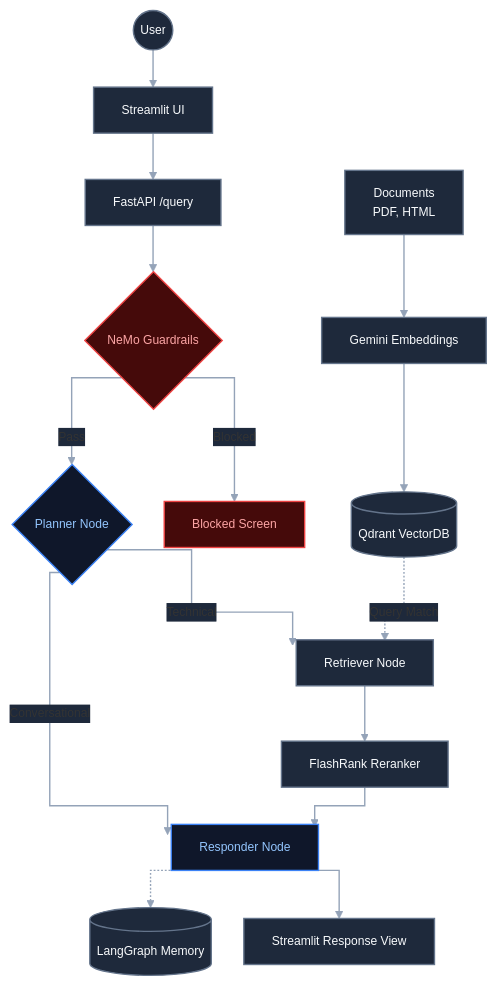
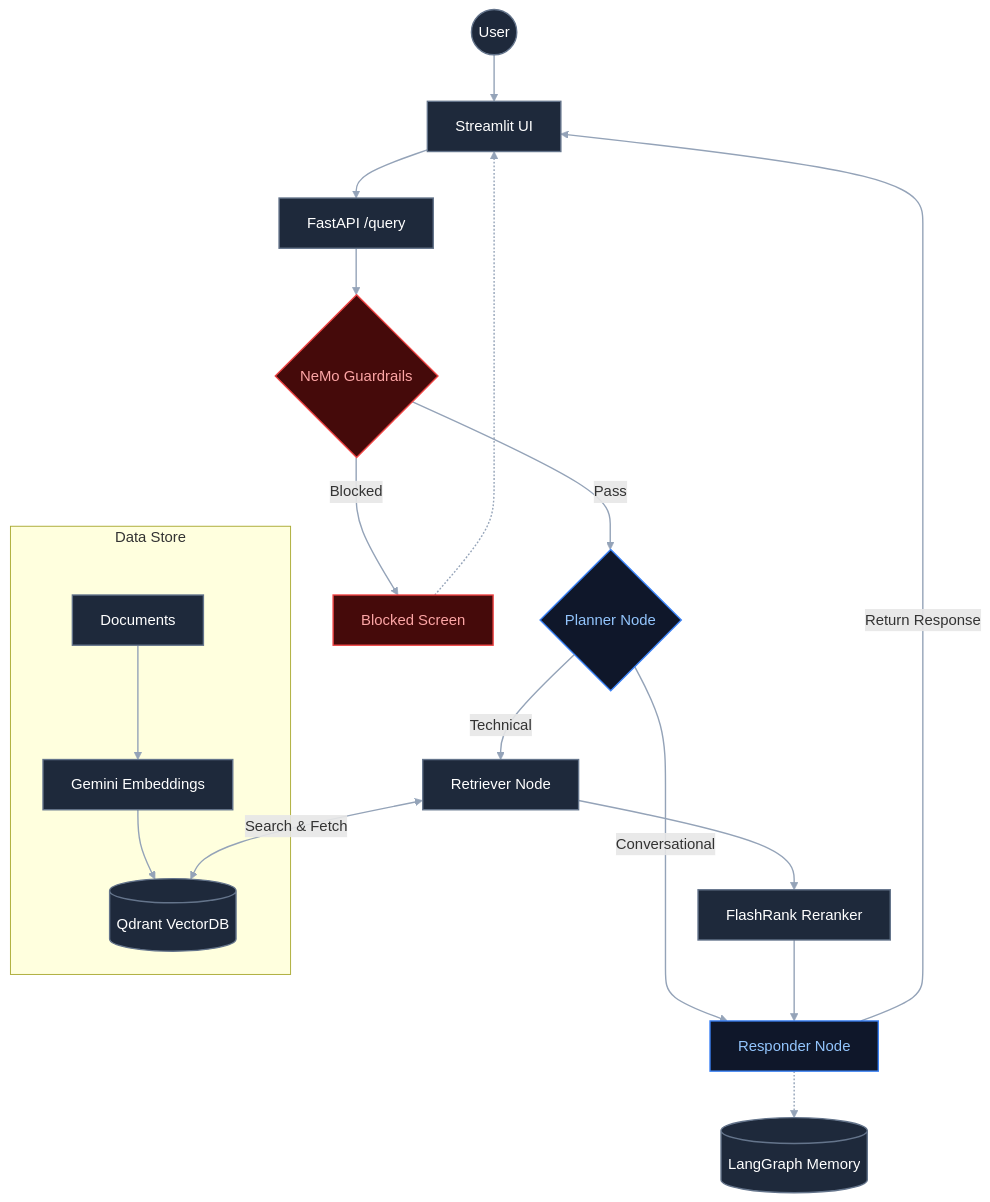
One commit to poojith123/Enterprise-technical-support-Agentic-RAG-chatbot changed the diagram in README.md. Above: the diagram before and after it, drawn with Mermaid.

Commit message:
Updated architecture 3

````diff
--- a/README.md
+++ b/README.md
@@ -7,50 +7,37 @@
 ```mermaid
-%%{init: {
-  'theme': 'base',
-  'themeVariables': {
-    'fontSize': '13px',
-    'lineColor': '#94A3B8',
-    'edgeLabelBackground': '#1E293B',
-    'textColor': '#E2E8F0'
-  },
-  'flowchart': {
-    'curve': 'stepAfter',
-    'nodeSpacing': 35,
-    'rankSpacing': 40
-  }
-}}%%
 graph TD
-    %% 3-Color High-Contrast Palette
-    classDef default fill:#1E293B,stroke:#64748B,stroke-width:1.5px,color:#F8FAFC;
+    %% 3-Color Dark Palette
+    classDef default fill:#1E293B,stroke:#64748B,stroke-width:1.5px,color:#FFFFFF;
     classDef core fill:#0F172A,stroke:#3B82F6,stroke-width:1.5px,color:#93C5FD;
     classDef alert fill:#450A0A,stroke:#EF4444,stroke-width:1.5px,color:#FCA5A5;
 
-    %% Global Line Styling (Bright Slate for dark backgrounds)
     linkStyle default stroke:#94A3B8,stroke-width:1.5px;
 
-    %% Ingestion Pipeline (Feeds Qdrant)
-    Docs[Documents<br/>PDF, HTML]:::default --> Embed[Gemini Embeddings]:::default
-    Embed --> DB[(Qdrant VectorDB)]:::default
-
-    %% User Request Flow
+    %% 1. USER AT THE VERY TOP
     User((User)):::default --> UI[Streamlit UI]:::default
     UI --> API[FastAPI /query]:::default
     API --> Guard{NeMo Guardrails}:::alert
 
-    %% Guardrail Decisions
+    %% 2. GUARDRAILS DECISION
     Guard -->|Blocked| BlockedMsg[Blocked Screen]:::alert
+    BlockedMsg -.-> UI
     Guard -->|Pass| Planner{Planner Node}:::core
 
-    %% Planner Routing
+    %% 3. PLANNER ROUTING
     Planner -->|Conversational| Responder[Responder Node]:::core
     Planner -->|Technical| Retriever[Retriever Node]:::default
 
-    %% Retrieval & Reranking
-    DB -.->|Query Match| Retriever
+    %% 4. INGESTION PIPELINE (Aligned horizontally to the side)
+    subgraph DataPipeline ["Data Store"]
+        Docs[Documents]:::default --> Embed[Gemini Embeddings]:::default --> DB[(Qdrant VectorDB)]:::default
+    end
+
+    %% Lateral retrieval link (does not pull hierarchy to top)
+    Retriever <-->|Search & Fetch| DB
     Retriever --> Reranker[FlashRank Reranker]:::default
     Reranker --> Responder
 
-    %% Response Delivery & State
+    %% 5. MEMORY & RETURN
     Responder -.-> Memory[(LangGraph Memory)]:::default
-    Responder --> Out[Streamlit Response View]:::default
+    Responder -->|Return Response| UI
 ```
````
